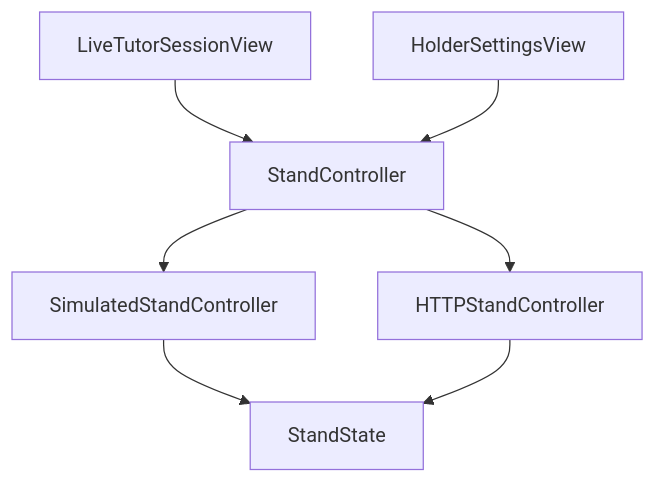
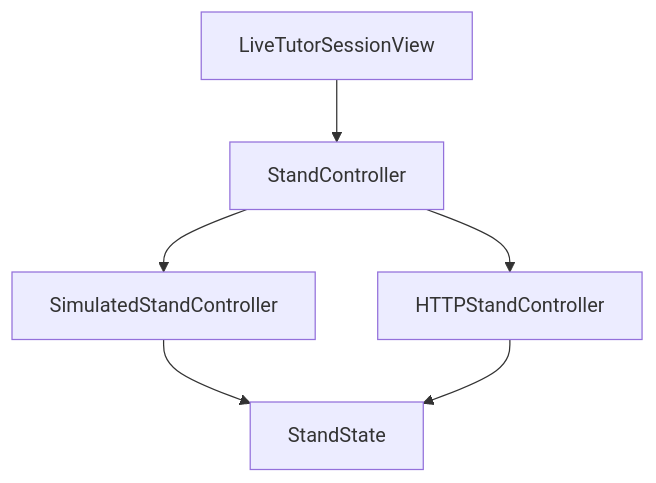
The eighth of 8 diagrams in README.md (vmanukyann/MathTutor), drawn with Mermaid before and after one commit. The commit also changed other lines of this file and 22 other files, not shown here.

````diff
--- a/README.md
+++ b/README.md
@@ -1070,9 +997,8 @@
 ```mermaid
 flowchart TB
     Live["LiveTutorSessionView"] --> Controller["StandController"]
-    Admin["HolderSettingsView"] --> Controller
     Controller --> Sim["SimulatedStandController"]
     Controller --> HTTP["HTTPStandController"]
     Sim --> State["StandState"]
     HTTP --> State
 ```
````
